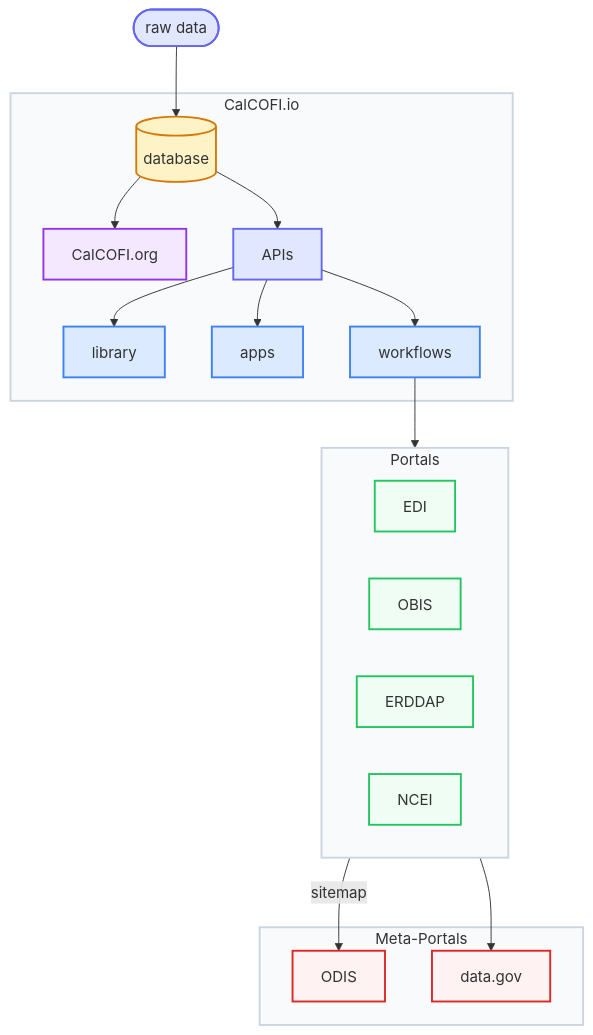
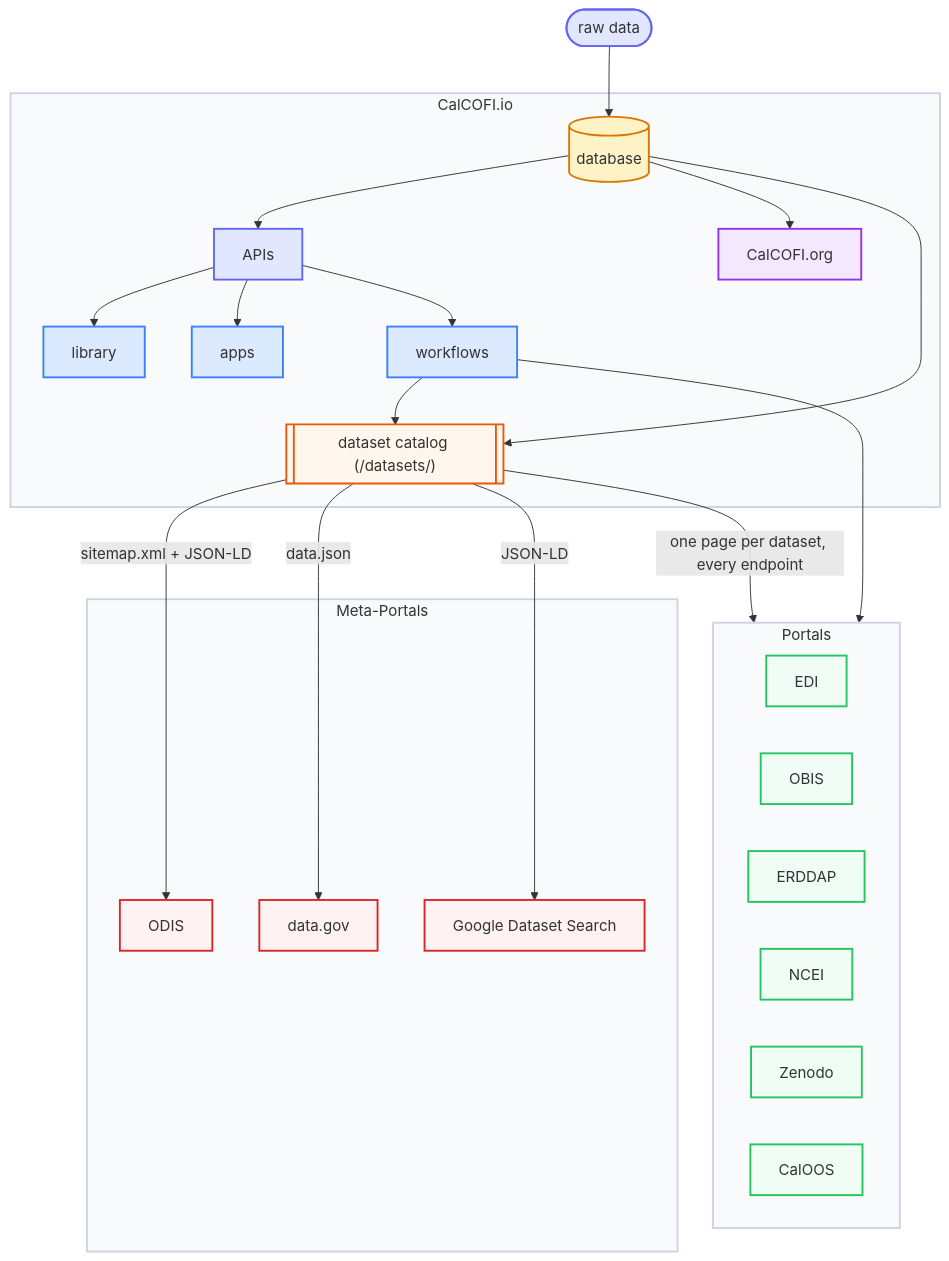
The diagram in diagrams/portals_flow.mmd (CalCOFI/docs), drawn with Mermaid before and after one commit. The commit also changed 5 other files, not shown here.

First line of the commit message:
portals.qmd rewritten around the dataset-catalog record

```diff
--- a/diagrams/portals_flow.mmd
+++ b/diagrams/portals_flow.mmd
@@ -1,49 +1,58 @@
 graph TD
   %% nodes with styles
   raw([raw data]):::source
 
   subgraph calcofi[CalCOFI.io]
     db[(database)]:::database
     web[CalCOFI.org]:::website
     api[APIs]:::api
     lib[library]:::code
     app[apps]:::code
     flow[workflows]:::code
+    catalog[["dataset catalog (/datasets/)"]]:::catalog
   end
 
   subgraph portals[Portals]
     edi[EDI]:::portal
     obis[OBIS]:::portal
     erddap[ERDDAP]:::portal
     ncei[NCEI]:::portal
+    zenodo[Zenodo]:::portal
+    caloos[CalOOS]:::portal
   end
 
   subgraph meta[Meta-Portals]
     odis[ODIS]:::metaportal
     datagov[data.gov]:::metaportal
+    google[Google Dataset Search]:::metaportal
   end
 
   %% edges
   raw --> db
   db  --> api
   db  --> web
+  db  --> catalog
   api --> lib
   api --> app
   api --> flow
   flow  --> portals
-  portals -->|sitemap| odis
-  portals --> datagov
+  flow  --> catalog
+  catalog -->|one page per dataset, every endpoint| portals
+  catalog -->|sitemap.xml + JSON-LD| odis
+  catalog -->|data.json| datagov
+  catalog -->|JSON-LD| google
 
   %% Custom styles
   classDef source     fill:#E0E7FF,stroke:#6366F1,stroke-width:2px
   classDef database   fill:#FEF3C7,stroke:#D97706,stroke-width:2px
   classDef website    fill:#F3E8FF,stroke:#9333EA,stroke-width:2px
   classDef api        fill:#E0E7FF,stroke:#6366F1,stroke-width:2px
   classDef code       fill:#DBEAFE,stroke:#3B82F6,stroke-width:2px
   classDef portal     fill:#F0FDF4,stroke:#22C55E,stroke-width:2px
   classDef metaportal fill:#FEF2F2,stroke:#DC2626,stroke-width:2px
+  classDef catalog    fill:#FFF7ED,stroke:#EA580C,stroke-width:2px
 
   %% Style subgraphs
   style calcofi fill:#F8FAFC,stroke:#CBD5E1,stroke-width:2px
   style portals fill:#F8FAFC,stroke:#CBD5E1,stroke-width:2px
   style meta fill:#F8FAFC,stroke:#CBD5E1,stroke-width:2px
```
